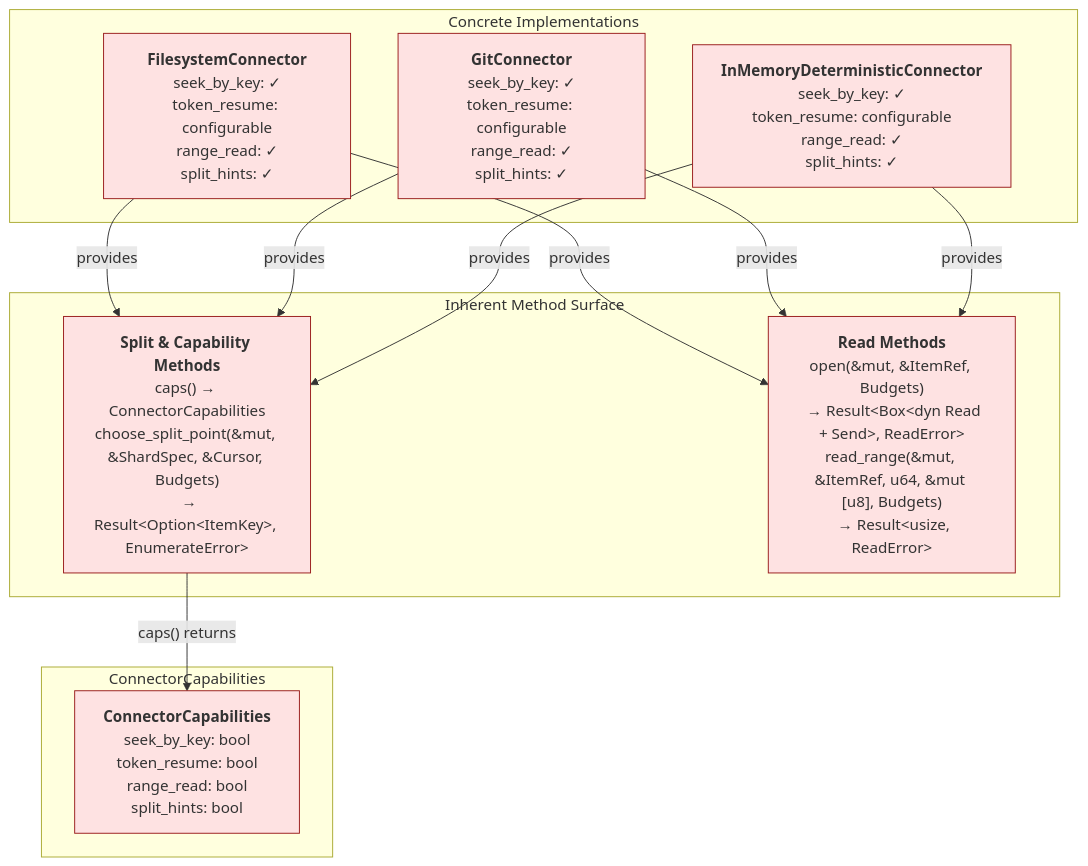
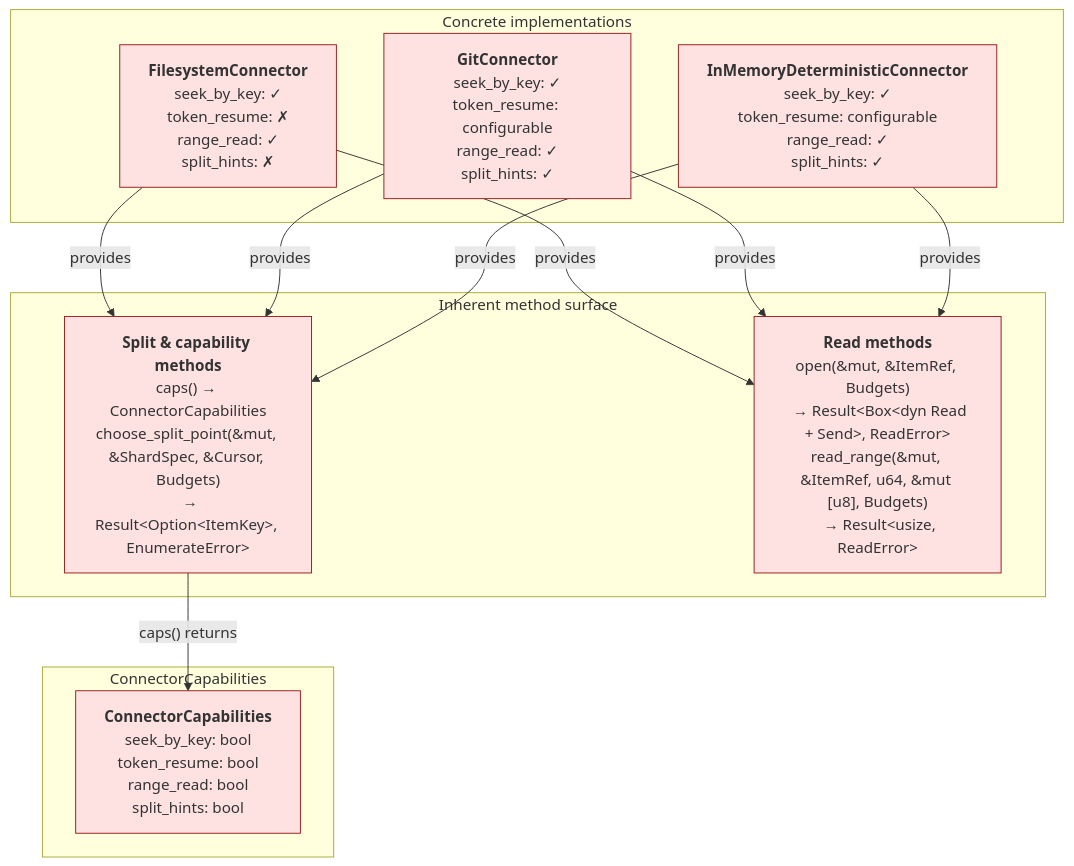
Before and after one commit to ahrav/Gossip-rs: the first of 4 diagrams in diagrams/14-connector-architecture.md, drawn with Mermaid. The commit also changed other lines of this file and 14 other files, not shown here.

````diff
--- a/diagrams/14-connector-architecture.md
+++ b/diagrams/14-connector-architecture.md
@@ -13,34 +20,34 @@
 ```mermaid
 %% Diagram: connector-method-surface
 graph TD
     subgraph Caps["ConnectorCapabilities"]
         CC["<b>ConnectorCapabilities</b><br/>seek_by_key: bool<br/>token_resume: bool<br/>range_read: bool<br/>split_hints: bool"]
     end
 
-    subgraph Methods["Inherent Method Surface"]
-        EM["<b>Split &amp; Capability Methods</b><br/>caps() → ConnectorCapabilities<br/>choose_split_point(&mut, &ShardSpec, &Cursor, Budgets)<br/>  → Result&lt;Option&lt;ItemKey&gt;, EnumerateError&gt;"]
-        RM["<b>Read Methods</b><br/>open(&mut, &ItemRef, Budgets)<br/>  → Result&lt;Box&lt;dyn Read + Send&gt;, ReadError&gt;<br/>read_range(&mut, &ItemRef, u64, &mut [u8], Budgets)<br/>  → Result&lt;usize, ReadError&gt;"]
+    subgraph Methods["Inherent method surface"]
+        EM["<b>Split &amp; capability methods</b><br/>caps() → ConnectorCapabilities<br/>choose_split_point(&mut, &ShardSpec, &Cursor, Budgets)<br/>  → Result&lt;Option&lt;ItemKey&gt;, EnumerateError&gt;"]
+        RM["<b>Read methods</b><br/>open(&mut, &ItemRef, Budgets)<br/>  → Result&lt;Box&lt;dyn Read + Send&gt;, ReadError&gt;<br/>read_range(&mut, &ItemRef, u64, &mut [u8], Budgets)<br/>  → Result&lt;usize, ReadError&gt;"]
     end
 
     EM -->|"caps() returns"| CC
 
-    subgraph Connectors["Concrete Implementations"]
-        FS["<b>FilesystemConnector</b><br/>seek_by_key: ✓<br/>token_resume: configurable<br/>range_read: ✓<br/>split_hints: ✓"]
+    subgraph Connectors["Concrete implementations"]
+        FS["<b>FilesystemConnector</b><br/>seek_by_key: ✓<br/>token_resume: ✗<br/>range_read: ✓<br/>split_hints: ✗"]
         GIT["<b>GitConnector</b><br/>seek_by_key: ✓<br/>token_resume: configurable<br/>range_read: ✓<br/>split_hints: ✓"]
         MEM["<b>InMemoryDeterministicConnector</b><br/>seek_by_key: ✓<br/>token_resume: configurable<br/>range_read: ✓<br/>split_hints: ✓"]
     end
 
     FS -->|provides| EM
     FS -->|provides| RM
     GIT -->|provides| EM
     GIT -->|provides| RM
     MEM -->|provides| EM
     MEM -->|provides| RM
 
     style CC fill:#FEE2E2,stroke:#991B1B
     style EM fill:#FEE2E2,stroke:#991B1B
     style RM fill:#FEE2E2,stroke:#991B1B
     style FS fill:#FEE2E2,stroke:#991B1B
     style GIT fill:#FEE2E2,stroke:#991B1B
     style MEM fill:#FEE2E2,stroke:#991B1B
 ```
````
